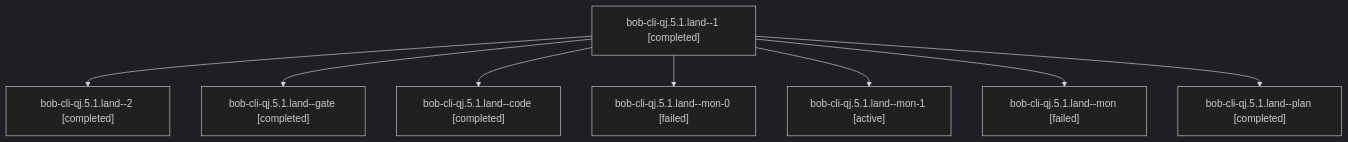
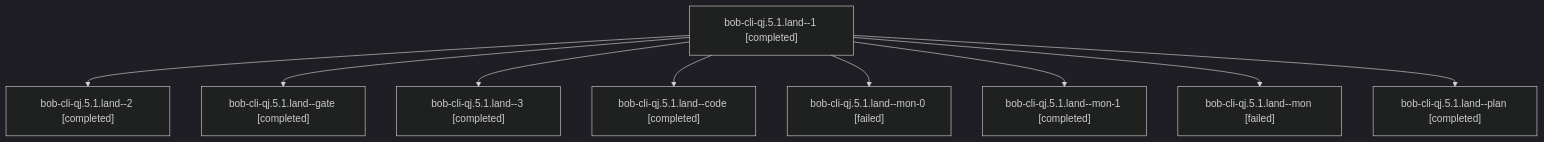
One commit to bobs-org/bob-cli--agents changed the diagram in sessions/bbugyi200.apollo.bob-cli-qj.5.1.land.md. Above: the diagram before and after it, drawn with Mermaid (dark theme). The commit also changed other lines of this file and 53 other files, not shown here.

````diff
--- a/sessions/bbugyi200.apollo.bob-cli-qj.5.1.land.md
+++ b/sessions/bbugyi200.apollo.bob-cli-qj.5.1.land.md
@@ -9,18 +9,20 @@
 ```mermaid
 flowchart TD
   n0["bob-cli-qj.5.1.land--1 [completed]"]
   n1["bob-cli-qj.5.1.land--2 [completed]"]
   n0 --> n1
   n2["bob-cli-qj.5.1.land--gate [completed]"]
   n0 --> n2
-  n3["bob-cli-qj.5.1.land--code [completed]"]
+  n3["bob-cli-qj.5.1.land--3 [completed]"]
   n0 --> n3
-  n4["bob-cli-qj.5.1.land--mon-0 [failed]"]
+  n4["bob-cli-qj.5.1.land--code [completed]"]
   n0 --> n4
-  n5["bob-cli-qj.5.1.land--mon-1 [active]"]
+  n5["bob-cli-qj.5.1.land--mon-0 [failed]"]
   n0 --> n5
-  n6["bob-cli-qj.5.1.land--mon [failed]"]
+  n6["bob-cli-qj.5.1.land--mon-1 [completed]"]
   n0 --> n6
-  n7["bob-cli-qj.5.1.land--plan [completed]"]
+  n7["bob-cli-qj.5.1.land--mon [failed]"]
   n0 --> n7
+  n8["bob-cli-qj.5.1.land--plan [completed]"]
+  n0 --> n8
 ```
````
